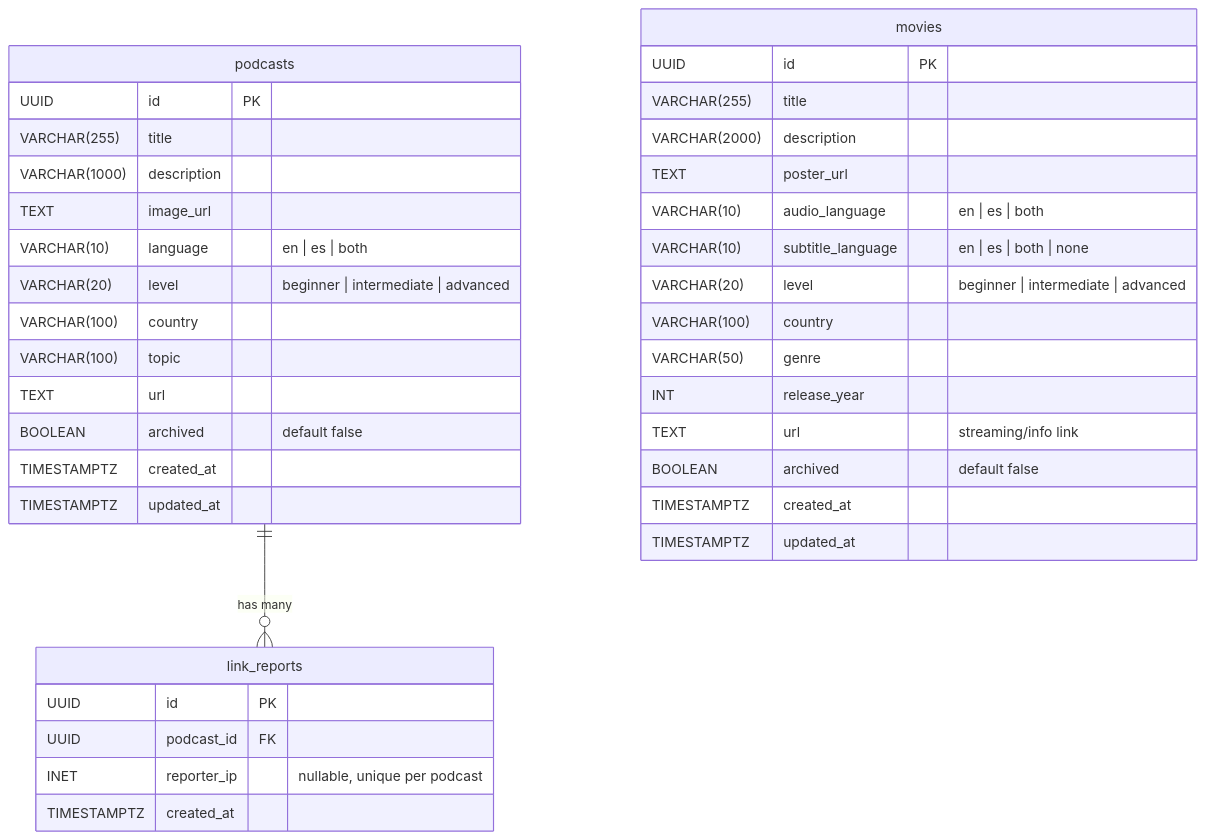
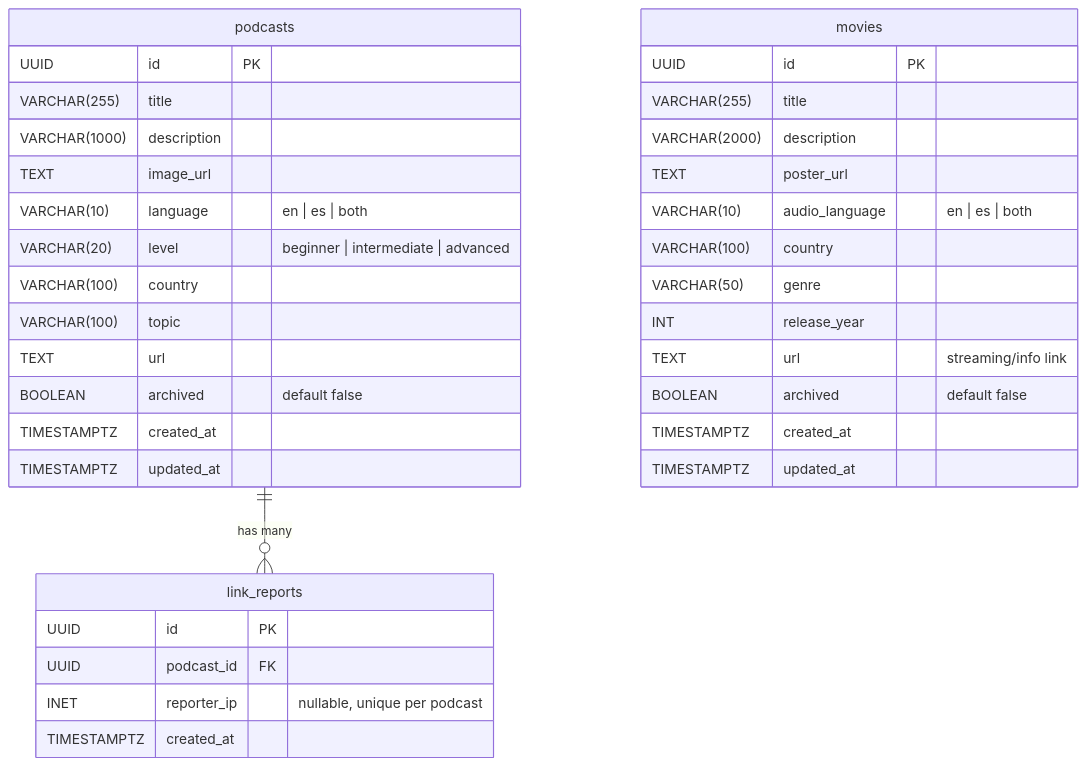
Before and after one commit to Jaleel-VS/spa-eng-discord-website-backend-rs: the first of 3 diagrams in README.md, drawn with Mermaid. The commit also changed other lines of this file, not shown here.

````diff
--- a/README.md
+++ b/README.md
@@ -88,43 +88,41 @@
 ```mermaid
 erDiagram
     podcasts {
         UUID id PK
         VARCHAR(255) title
         VARCHAR(1000) description
         TEXT image_url
         VARCHAR(10) language "en | es | both"
         VARCHAR(20) level "beginner | intermediate | advanced"
         VARCHAR(100) country
         VARCHAR(100) topic
         TEXT url
         BOOLEAN archived "default false"
         TIMESTAMPTZ created_at
         TIMESTAMPTZ updated_at
     }
 
     link_reports {
         UUID id PK
         UUID podcast_id FK
         INET reporter_ip "nullable, unique per podcast"
         TIMESTAMPTZ created_at
     }
 
     movies {
         UUID id PK
         VARCHAR(255) title
         VARCHAR(2000) description
         TEXT poster_url
         VARCHAR(10) audio_language "en | es | both"
-        VARCHAR(10) subtitle_language "en | es | both | none"
-        VARCHAR(20) level "beginner | intermediate | advanced"
         VARCHAR(100) country
         VARCHAR(50) genre
         INT release_year
         TEXT url "streaming/info link"
         BOOLEAN archived "default false"
         TIMESTAMPTZ created_at
         TIMESTAMPTZ updated_at
     }
 
     podcasts ||--o{ link_reports : "has many"
 ```
````
